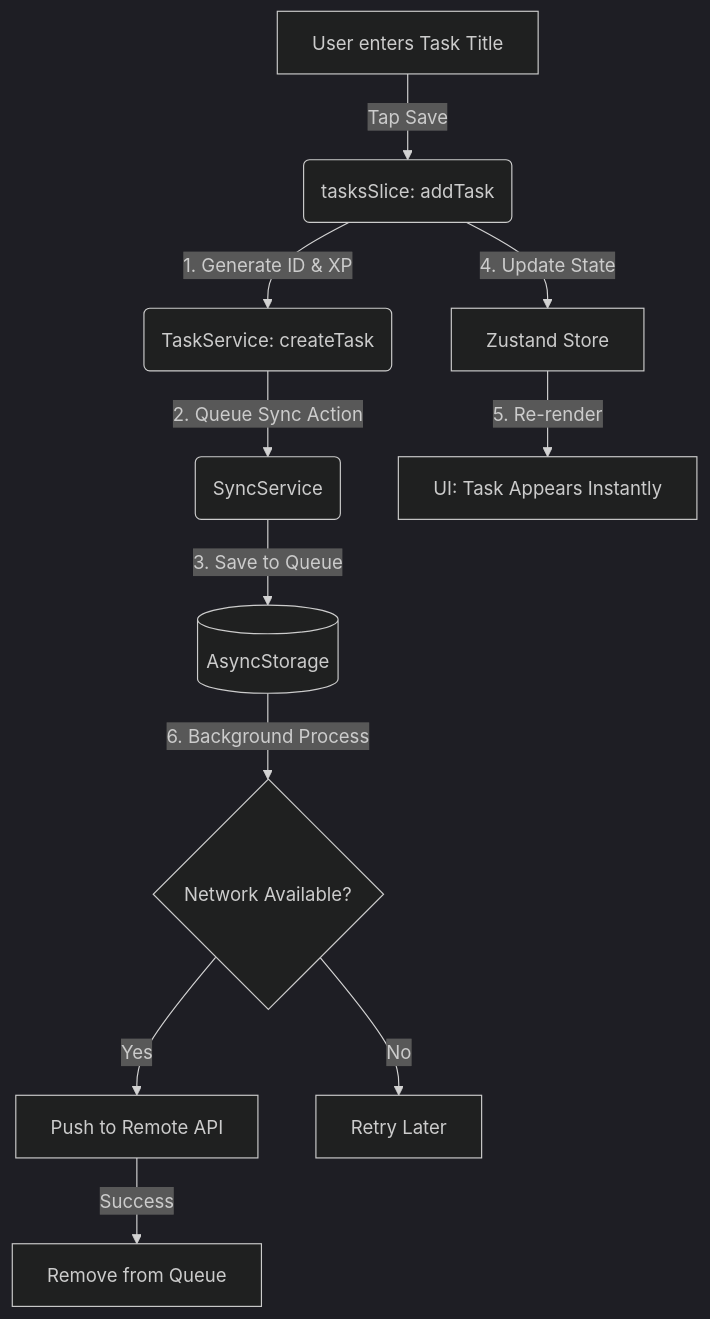
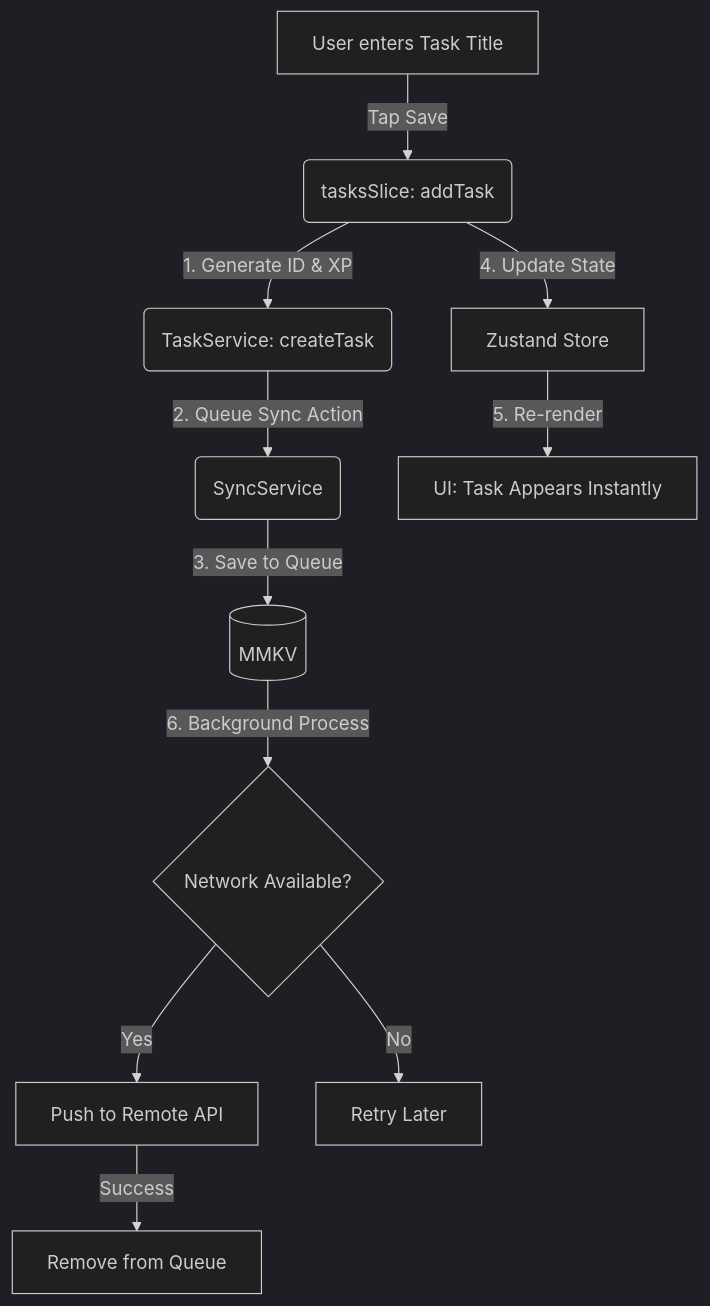
One commit to patilsushilofficial/NeuroPilot changed the second of 2 diagrams in docs/UserFlows.md. Above: the diagram before and after it, drawn with Mermaid (dark theme). The commit also changed 153 other files, not shown here.

````diff
--- a/docs/UserFlows.md
+++ b/docs/UserFlows.md
@@ -41,15 +41,15 @@
 ```mermaid
 graph TD
     A[User enters Task Title] -->|Tap Save| B(tasksSlice: addTask)
     B -->|1. Generate ID & XP| C(TaskService: createTask)
     C -->|2. Queue Sync Action| D(SyncService)
-    D -->|3. Save to Queue| E[(AsyncStorage)]
+    D -->|3. Save to Queue| E[(MMKV)]
     
     B -->|4. Update State| F[Zustand Store]
     F -->|5. Re-render| G[UI: Task Appears Instantly]
     
     E -->|6. Background Process| H{Network Available?}
     H -->|Yes| I[Push to Remote API]
     H -->|No| J[Retry Later]
     I -->|Success| K[Remove from Queue]
 ```
````
